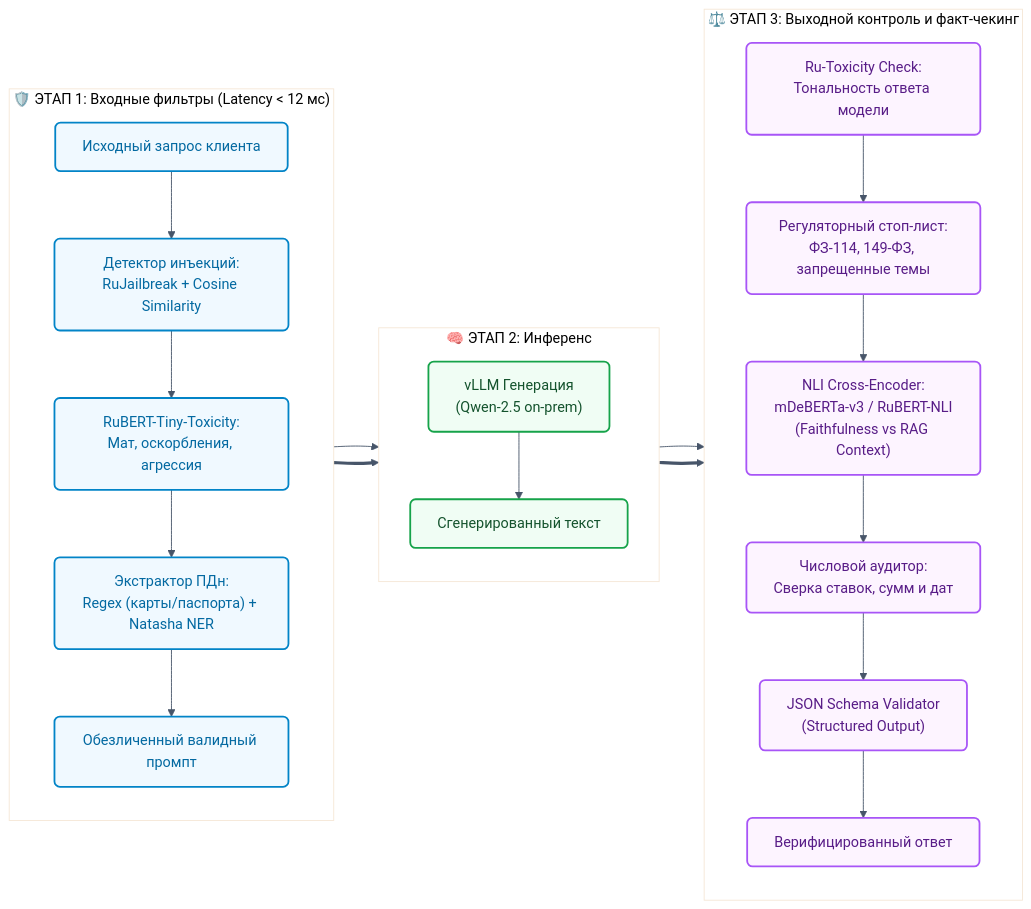
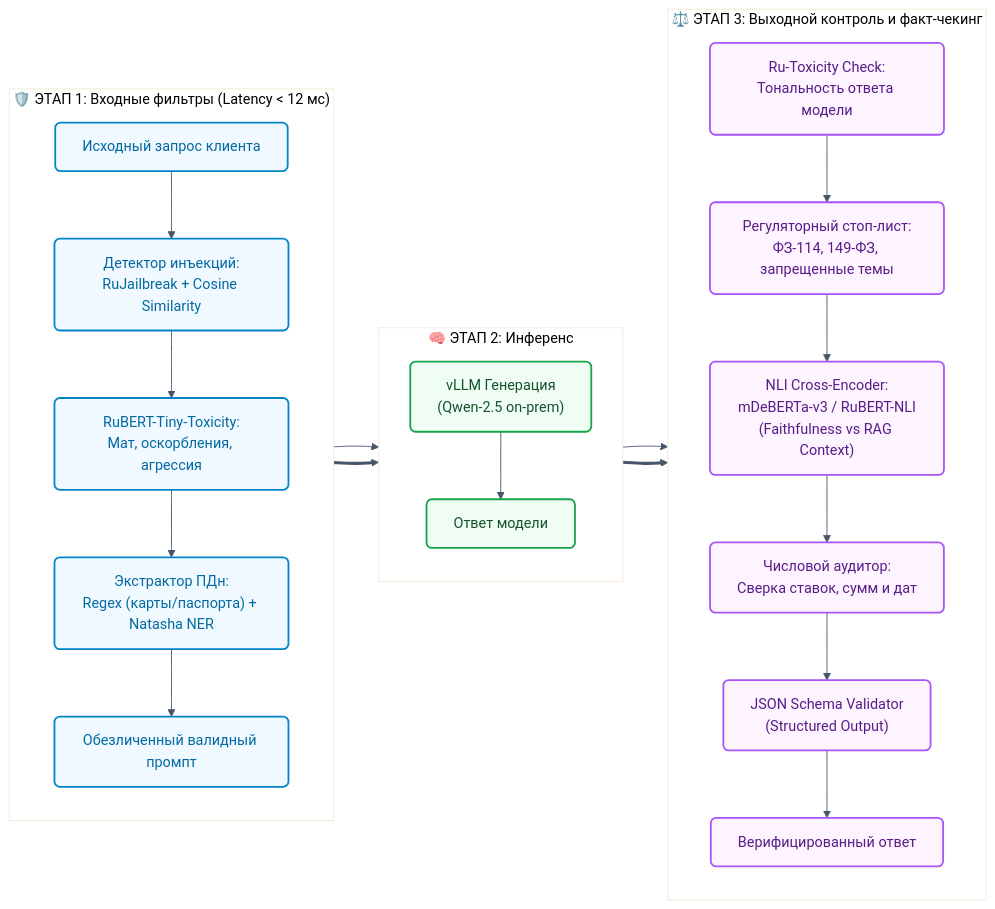
One commit to vk4arm/alfa_llm_hackaton changed the fifth of 7 diagrams in docs/ARCHITECTURE_SOLUTIONS.md. Above: the diagram before and after it, drawn with Mermaid. The commit also changed 9 other files, not shown here.

````diff
--- a/docs/ARCHITECTURE_SOLUTIONS.md
+++ b/docs/ARCHITECTURE_SOLUTIONS.md
@@ -336,45 +336,45 @@
 ```mermaid
 %%{init: {
   'theme': 'base',
   'themeVariables': {
     'primaryColor': '#eff6ff',
     'primaryBorderColor': '#3b82f6',
     'lineColor': '#475569',
     'fontFamily': 'Inter, system-ui, sans-serif'
   }
 }}%%
 flowchart LR
     subgraph STAGE_IN[" 🛡️ ЭТАП 1: Входные фильтры (Latency < 12 мс) "]
         direction TB
         RawIn["Исходный запрос клиента"] --> DetectJailbreak["Детектор инъекций:<br/>RuJailbreak + Cosine Similarity"]
         DetectJailbreak --> InpToxModel["RuBERT-Tiny-Toxicity:<br/>Мат, оскорбления, агрессия"]
         InpToxModel --> PII_Extractor["Экстрактор ПДн:<br/>Regex (карты/паспорта) + Natasha NER"]
         PII_Extractor --> CleanPrompt["Обезличенный валидный промпт"]
     end
 
     subgraph STAGE_LLM[" 🧠 ЭТАП 2: Инференс "]
         direction TB
         CleanPrompt --> ModelGen["vLLM Генерация<br/>(Qwen-2.5 on-prem)"]
-        ModelGen --> RawAnswer["Сгенерированный текст"]
+        ModelGen --> RawAnswer["Ответ модели"]
     end
 
     subgraph STAGE_OUT[" ⚖️ ЭТАП 3: Выходной контроль и факт-чекинг "]
         direction TB
         RawAnswer --> OutToxCheck["Ru-Toxicity Check:<br/>Тональность ответа модели"]
         OutToxCheck --> StopTopics["Регуляторный стоп-лист:<br/>ФЗ-114, 149-ФЗ, запрещенные темы"]
         StopTopics --> NLI_Eval["NLI Cross-Encoder:<br/>mDeBERTa-v3 / RuBERT-NLI<br/>(Faithfulness vs RAG Context)"]
         NLI_Eval --> NumAudit["Числовой аудитор:<br/>Сверка ставок, сумм и дат"]
         NumAudit --> SchemaCheck["JSON Schema Validator<br/>(Structured Output)"]
         SchemaCheck --> FinalApproved["Верифицированный ответ"]
     end
 
     STAGE_IN ==> STAGE_LLM ==> STAGE_OUT
 
     classDef stageIn fill:#f0f9ff,stroke:#0284c7,stroke-width:2px,color:#0369a1,rx:6,ry:6;
     classDef stageLLM fill:#f0fdf4,stroke:#16a34a,stroke-width:2px,color:#14532d,rx:6,ry:6;
     classDef stageOut fill:#fdf4ff,stroke:#a855f7,stroke-width:2px,color:#581c87,rx:6,ry:6;
 
     class RawIn,DetectJailbreak,InpToxModel,PII_Extractor,CleanPrompt stageIn;
     class ModelGen,RawAnswer stageLLM;
     class OutToxCheck,StopTopics,NLI_Eval,NumAudit,SchemaCheck,FinalApproved stageOut;
 ```
````
